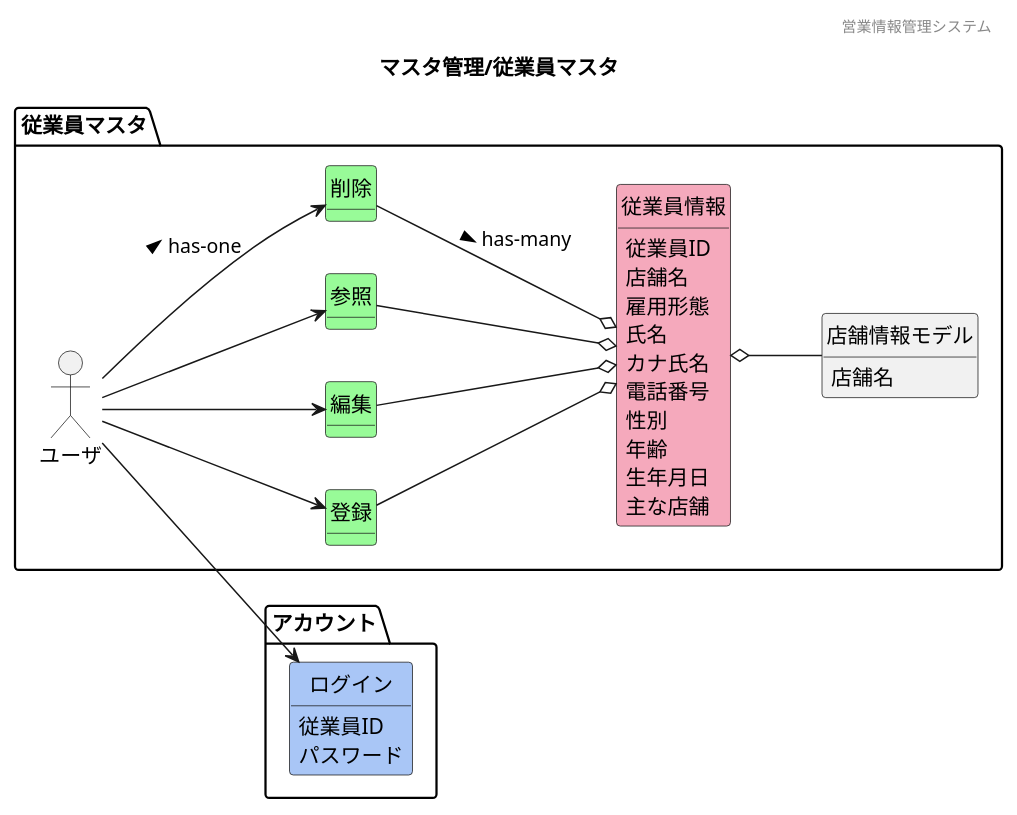
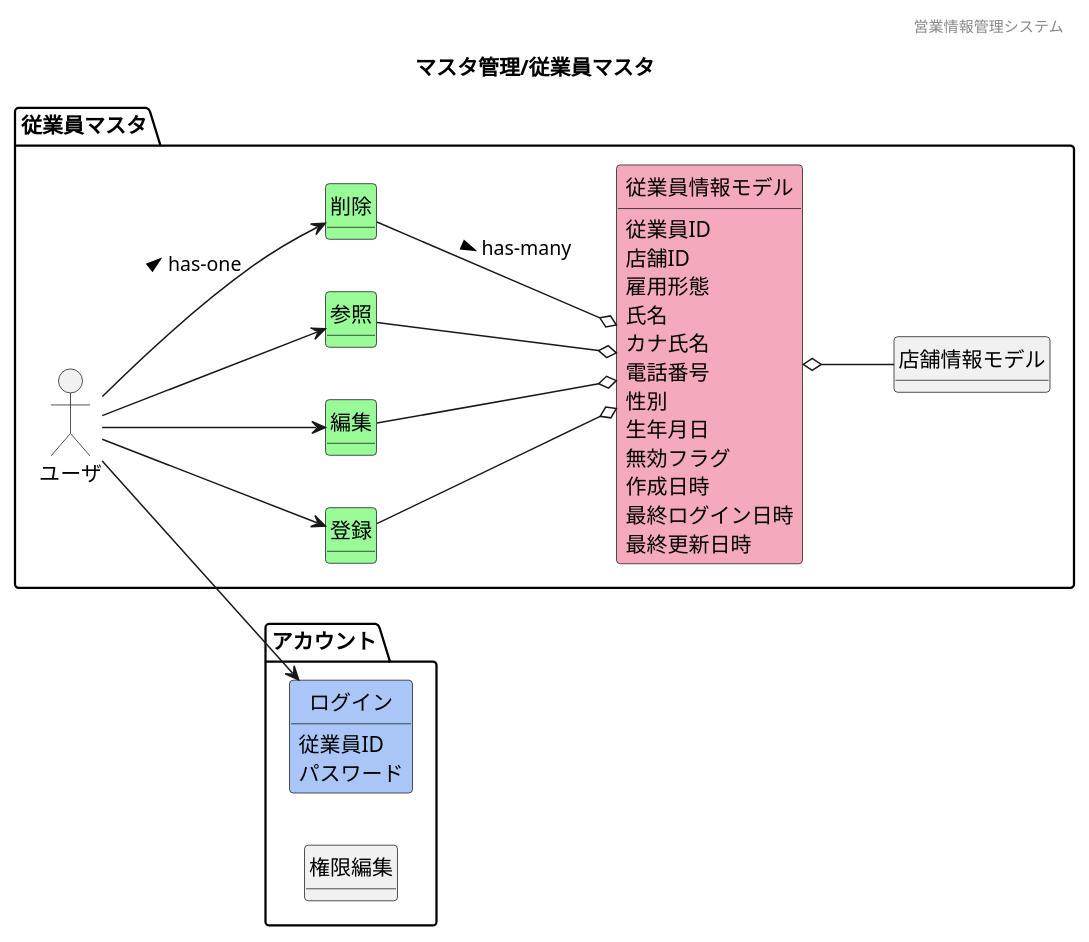
One commit to HaruShim/Sotuken changed the diagram in 各種設計書/1ドメインモデル図/マスタ管理/F01従業員マスタ.plantuml. Above: the diagram before and after it, drawn with PlantUML. The commit also changed 13 other files, not shown here.

```diff
--- a/各種設計書/1ドメインモデル図/マスタ管理/F01従業員マスタ.plantuml
+++ b/各種設計書/1ドメインモデル図/マスタ管理/F01従業員マスタ.plantuml
@@ -1,77 +1,59 @@
 @startuml images/マスタ管理/従業員マスタ
 ' ヘッダー
 header 営業情報管理システム
 ' タイトル
 title マスタ管理/従業員マスタ
 ' 
 hide circle
 ' 
 hide method
 ' hide members
 left to right direction
 
 package "アカウント"{
     class "ログイン" #A9C6F6
+    class "権限編集"
 }
 
 package "従業員マスタ"{
     mix_actor "ユーザ"
     class "登録" #98fb98
     class "編集" #98fb98
     class "参照" #98fb98
     class "削除" #98fb98
-    class "従業員情報" #F5A9BC
+    class "従業員情報モデル" #F5A9BC
     class "店舗情報モデル"
 
-    ' ユーザ -- 参照
-    ' ユーザ -- 登録
-    ' ユーザ -- 編集
-    ' ユーザ -- 削除
-    ' 参照 -- 従業員情報
-    ' 登録 -- 従業員情報
-    ' 編集 -- 従業員情報
-    ' 削除 -- 従業員情報
-    ' 従業員情報 -- 店舗情報モデル
     ユーザ --> 参照
     ユーザ --> 登録
     ユーザ --> 編集
     ユーザ --> 削除 : > has-one
     ユーザ --> ログイン
-    参照 --o 従業員情報
-    登録 --o 従業員情報
-    編集 --o 従業員情報
-    削除 --o 従業員情報 : > has-many
-    従業員情報 o-- 店舗情報モデル
-    ' 従業員情報 o-- 勤務店舗状況
+    参照 --o 従業員情報モデル
+    登録 --o 従業員情報モデル
+    編集 --o 従業員情報モデル
+    削除 --o 従業員情報モデル : > has-many
+    従業員情報モデル o-- 店舗情報モデル
 
-    従業員情報 : 従業員ID
-    従業員情報 : 店舗名
-    従業員情報 : 雇用形態
-    従業員情報 : 氏名
-    従業員情報 : カナ氏名
-    従業員情報 : 電話番号
-    従業員情報 : 性別
-    従業員情報 : 年齢
-    従業員情報 : 生年月日
-
-    店舗情報モデル : 店舗名
-
-    従業員情報 : 主な店舗
+    従業員情報モデル : 従業員ID
+    従業員情報モデル : 店舗ID
+    従業員情報モデル : 雇用形態
+    従業員情報モデル : 氏名
+    従業員情報モデル : カナ氏名
+    従業員情報モデル : 電話番号
+    従業員情報モデル : 性別
+    従業員情報モデル : 生年月日
+    従業員情報モデル : 無効フラグ
+    従業員情報モデル : 作成日時
+    従業員情報モデル : 最終ログイン日時
+    従業員情報モデル : 最終更新日時
     ログイン : 従業員ID
     ログイン : パスワード
-    ' 勤務店舗状況 : 店舗名
-    ' 勤務店舗状況 : 従業員数
-    ' 勤務店舗状況 : 責任者
-    ' 店舗情報モデル : 店舗名
-    ' 店舗情報モデル : 住所
-    ' 店舗情報モデル : 連絡先
-    ' 店舗情報モデル : 店長
-    ' 店舗情報モデル : 主な従業員
 }
 
 
 
 
 
 
 @enduml
```
